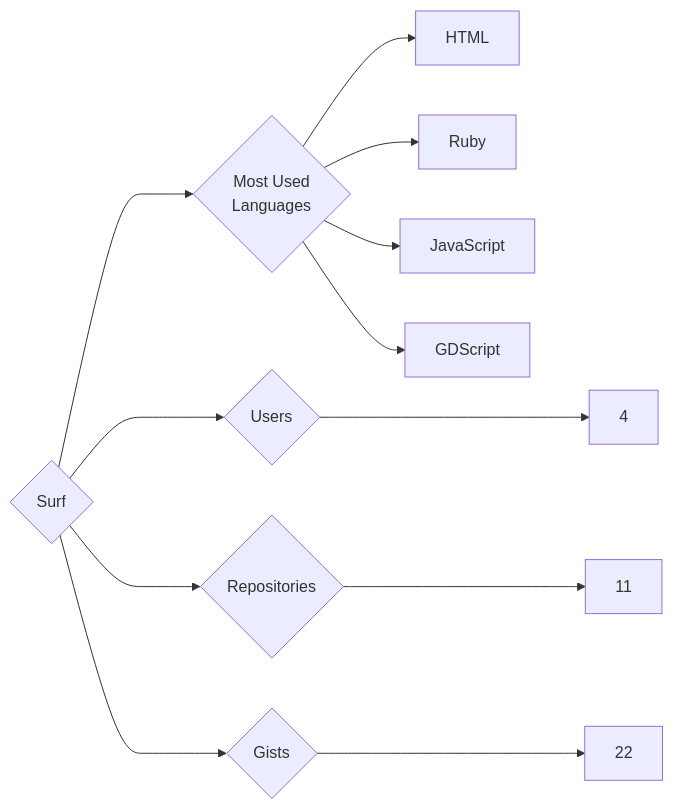
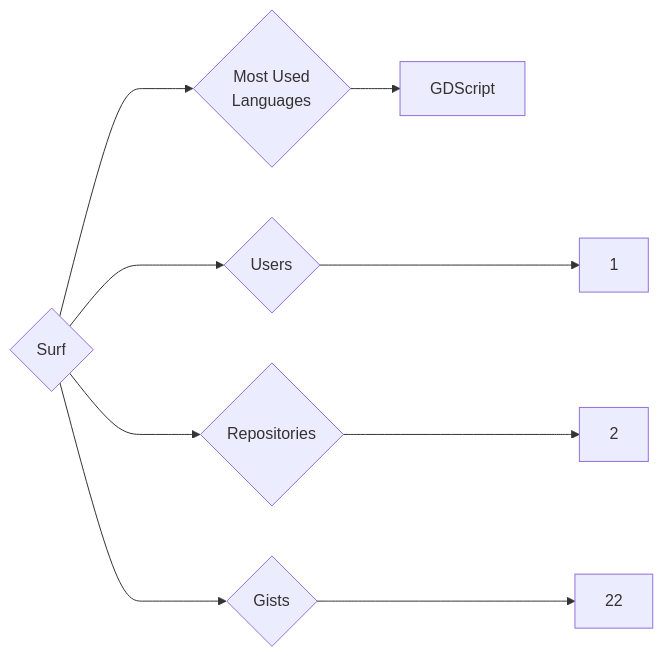
One commit to trickest/insiders changed the diagram in targets/Surf/README.md. Above: the diagram before and after it, drawn with Mermaid. The commit also changed 898 other files, not shown here.

````diff
--- a/targets/Surf/README.md
+++ b/targets/Surf/README.md
@@ -3,12 +3,9 @@
 ```mermaid
 graph LR
 COMPANY_NAME{Surf}
-COMPANY_NAME ---> U{Users} ---> UN[4]
-COMPANY_NAME ---> R{Repositories} ---> RN[11]
+COMPANY_NAME ---> U{Users} ---> UN[1]
+COMPANY_NAME ---> R{Repositories} ---> RN[2]
 COMPANY_NAME ---> G{Gists} ---> GN[22]
 COMPANY_NAME ---> ML{Most Used<br>Languages}
-ML --> HTML[HTML]
-ML --> Ruby[Ruby]
-ML --> JavaScript[JavaScript]
 ML --> GDScript[GDScript]
 ```
````
